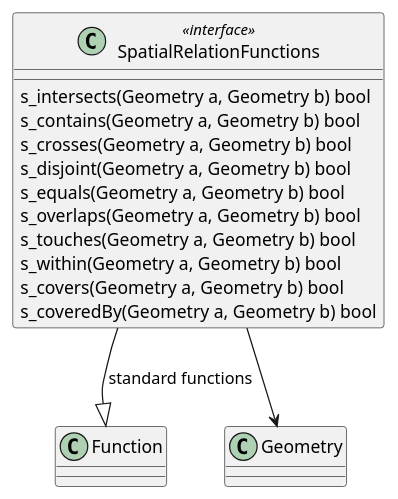
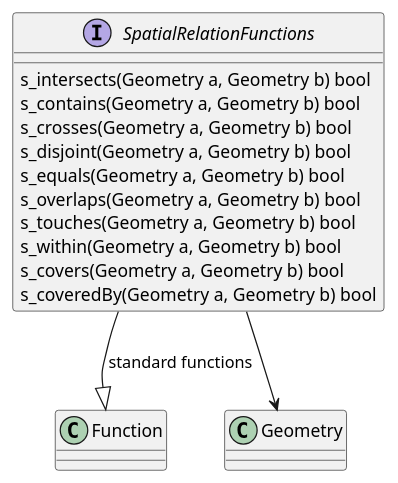
Before and after one commit to opengeospatial/styles-and-symbology: the third of 10 diagrams in core/sections/clause_18_functions.adoc, drawn with PlantUML. The commit also changed other lines of this file and 8 other files, not shown here.

Commit message:
correction to plantuml naming conventions

```diff
--- a/core/sections/clause_18_functions.adoc
+++ b/core/sections/clause_18_functions.adoc
@@ -105,16 +105,16 @@
 [plantuml, target=diagram-classes, format=png]
 ....
-class SpatialRelationFunctions <<interface>>
+interface SpatialRelationFunctions
 SpatialRelationFunctions --|> Function : standard functions
 SpatialRelationFunctions : s_intersects(Geometry a, Geometry b) bool
 SpatialRelationFunctions : s_contains(Geometry a, Geometry b) bool
 SpatialRelationFunctions : s_crosses(Geometry a, Geometry b) bool
 SpatialRelationFunctions : s_disjoint(Geometry a, Geometry b) bool
 SpatialRelationFunctions : s_equals(Geometry a, Geometry b) bool
 SpatialRelationFunctions : s_overlaps(Geometry a, Geometry b) bool
 SpatialRelationFunctions : s_touches(Geometry a, Geometry b) bool
 SpatialRelationFunctions : s_within(Geometry a, Geometry b) bool
 SpatialRelationFunctions : s_covers(Geometry a, Geometry b) bool
 SpatialRelationFunctions : s_coveredBy(Geometry a, Geometry b) bool
 SpatialRelationFunctions --> Geometry
 ....
```
